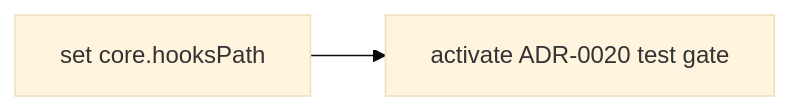
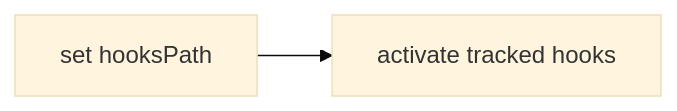
One commit to cptntrps/bookmatch changed the third of 4 diagrams in docs/3_WORKFLOWS.md. Above: the diagram before and after it, drawn with Mermaid (base theme). The commit also changed other lines of this file and 5 other files, not shown here.

````diff
--- a/docs/3_WORKFLOWS.md
+++ b/docs/3_WORKFLOWS.md
@@ -91,4 +83,4 @@
 ```mermaid
 graph LR
-    A[set core.hooksPath] --> B[activate ADR-0020 test gate]
+    A[set hooksPath] --> B[activate tracked hooks]
 ```
````
